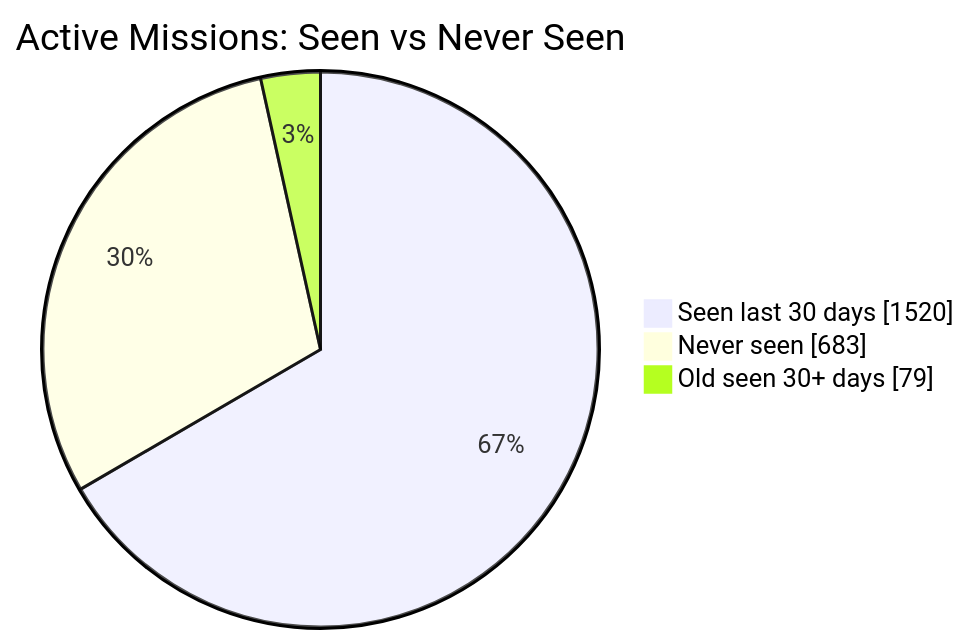
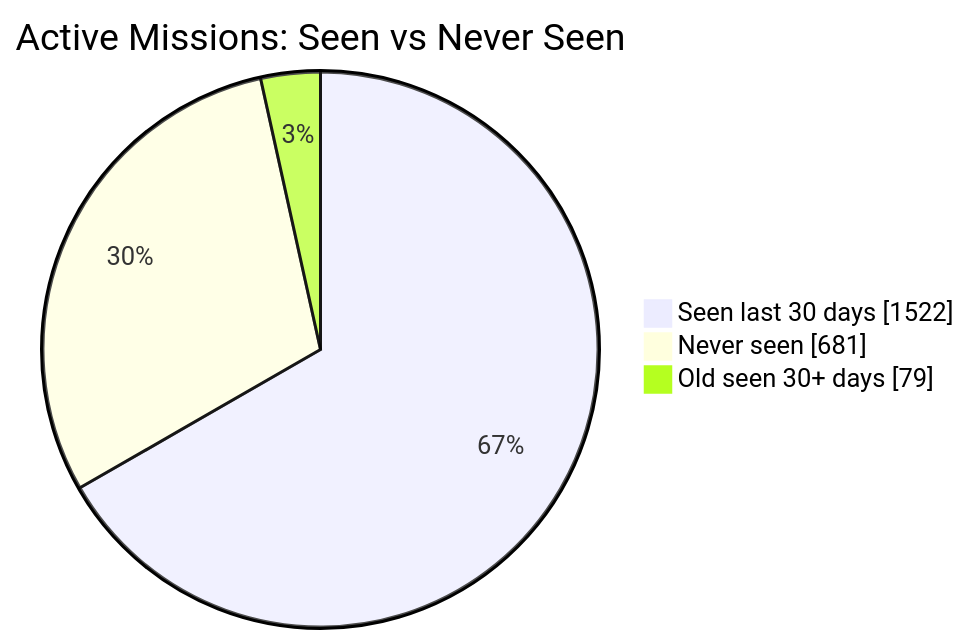
The first of 2 diagrams in README.md (MeldkamerspelGameTeam/active-missions), drawn with Mermaid before and after one commit. The commit also changed other lines of this file and 2 other files, not shown here.

````diff
--- a/README.md
+++ b/README.md
@@ -34,7 +34,7 @@
 ```mermaid
 pie showData
     title Active Missions: Seen vs Never Seen
-    "Seen last 30 days" : 1520
-    "Never seen" : 683
+    "Seen last 30 days" : 1522
+    "Never seen" : 681
     "Old seen 30+ days" : 79
 ```
````
